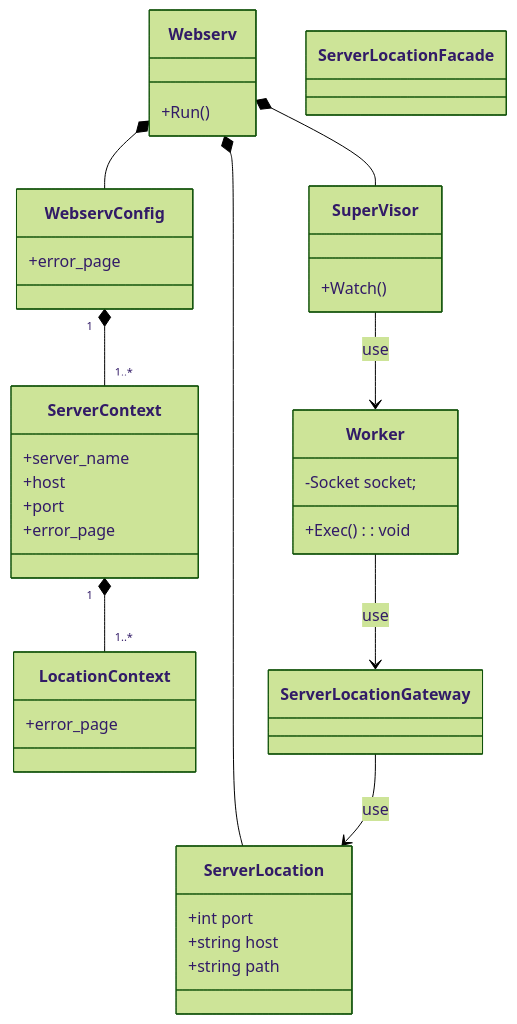
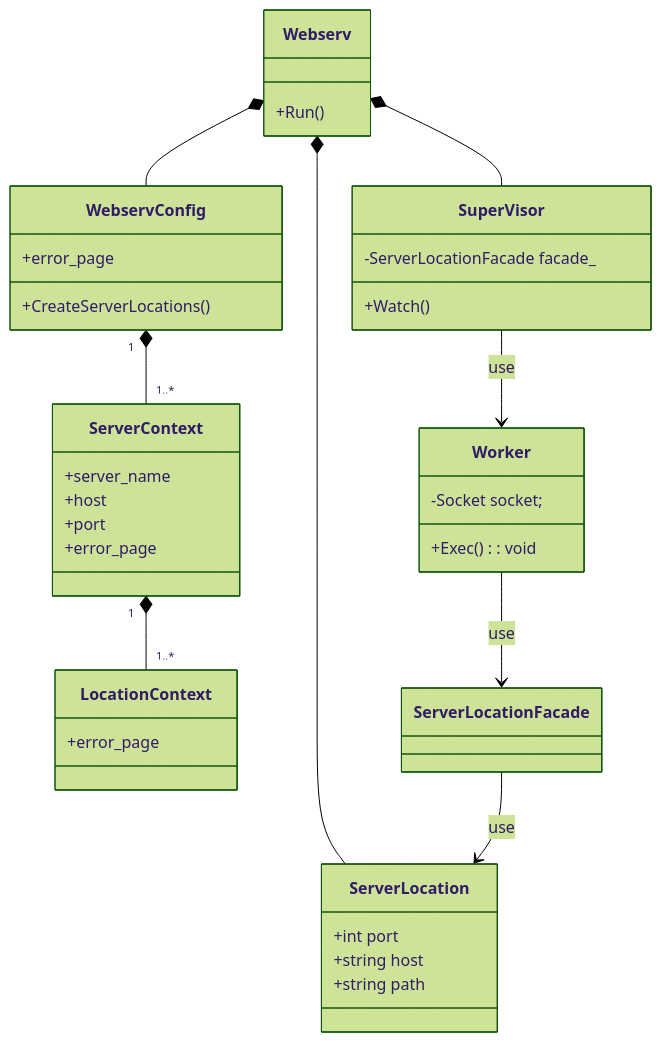
Before and after one commit to katataku/webserv: the diagram in docs/class/config_class.md, drawn with Mermaid (forest theme). The commit also changed other lines of this file, not shown here.

````diff
--- a/docs/class/config_class.md
+++ b/docs/class/config_class.md
@@ -1,54 +1,56 @@
 ```mermaid
 classDiagram
     Webserv *-- WebservConfig
     WebservConfig "1" *-- "1..*" ServerContext
     ServerContext "1" *-- "1..*" LocationContext
 
     Webserv *-- SuperVisor
     Webserv *-- ServerLocation
     SuperVisor --> Worker : use
-    Worker --> ServerLocationGateway : use
-    ServerLocationGateway --> ServerLocation: use
+    Worker --> ServerLocationFacade : use
+    ServerLocationFacade --> ServerLocation: use
 
     class WebservConfig {
         +error_page
+        +CreateServerLocations()
     }
 
     class ServerContext {
         +server_name
         +host
         +port
         +error_page
     }
 
     class LocationContext {
         +error_page
     }
 
     class Webserv {
         +Run()
     }
 
     %% IO多重化とソケットクラスを生成してWorkerに処理を依頼するまでを担当する%%
     class SuperVisor {
+        -ServerLocationFacade facade_
         +Watch()
     }
 
     %% Socketを元に具体的な処理を担当する。 %%
     %% Requestを受け付けてResponseの返却をする %%
     class Worker {
         -Socket socket;
         +Exec() : void
     }
 
     %% どのServerLocationを使用するかを決定する責務 %%
     class ServerLocationFacade {
     }
 
     %% configを元に各locationごとの設定 %%
     class ServerLocation {
         +int port
         +string host
         +string path
     }
 ```
````
